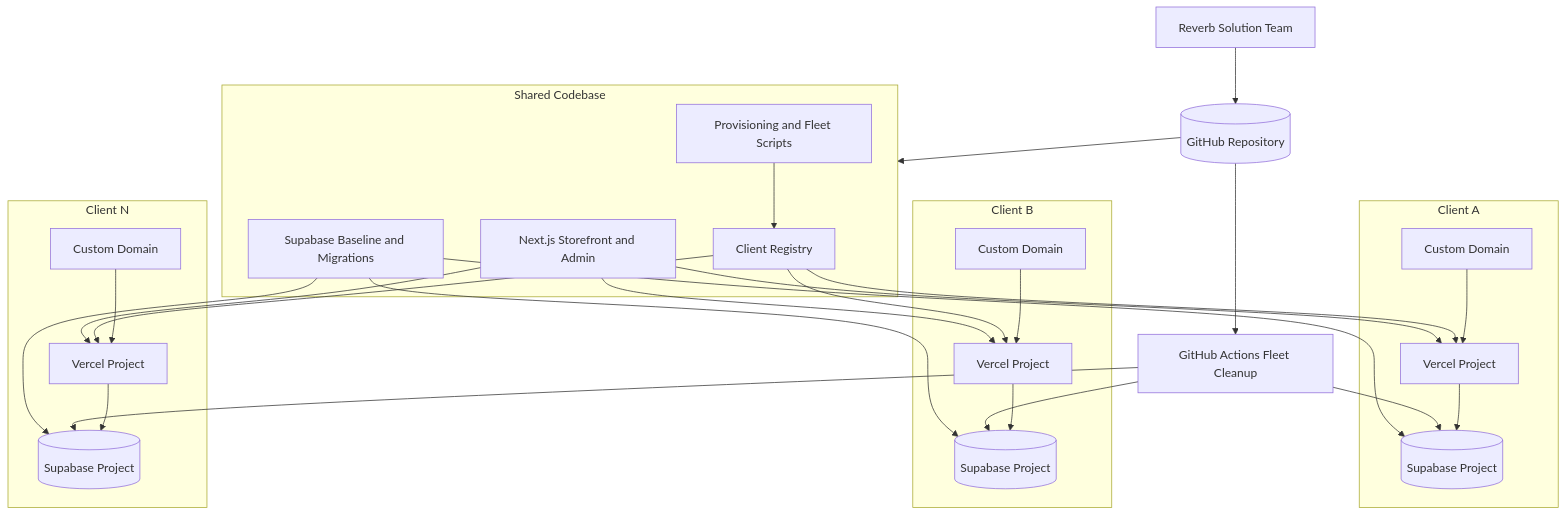
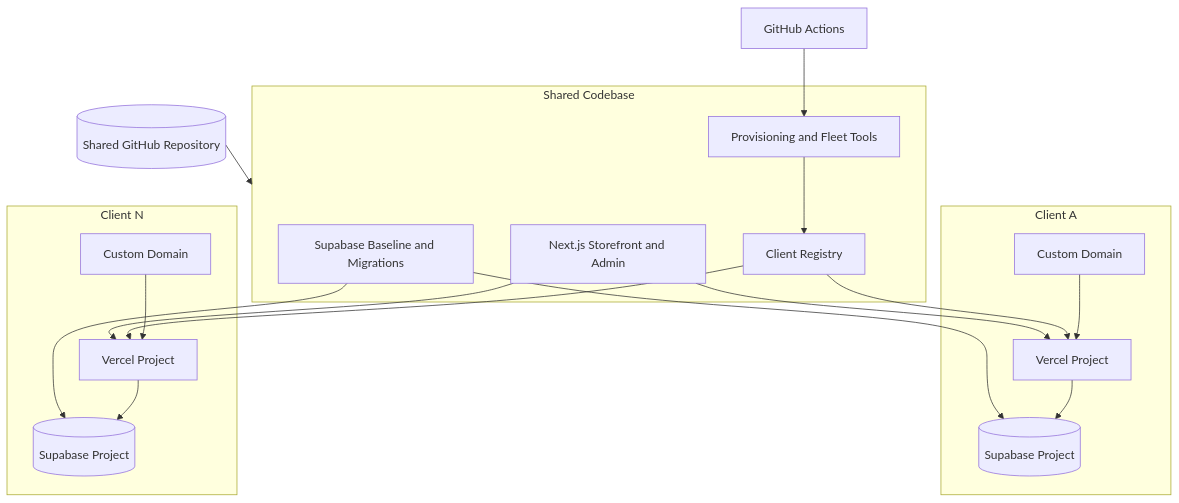
One commit to mushfiqueyeasir/reverb-commerce changed the first of 5 diagrams in doc/ARCHITECTURE.md. Above: the diagram before and after it, drawn with Mermaid. The commit also changed other lines of this file and 13 other files, not shown here.

````diff
--- a/doc/ARCHITECTURE.md
+++ b/doc/ARCHITECTURE.md
@@ -8,51 +11,36 @@
 ```mermaid
 flowchart TB
-    team[Reverb Solution Team]
-    repo[(GitHub Repository)]
-    actions[GitHub Actions Fleet Cleanup]
+    repo[(Shared GitHub Repository)]
+    workflow[GitHub Actions]
 
-    subgraph shared[Shared Codebase]
-        frontend[Next.js Storefront and Admin]
-        backend[Provisioning and Fleet Scripts]
-        migrations[Supabase Baseline and Migrations]
+    subgraph code[Shared Codebase]
+        web[Next.js Storefront and Admin]
+        database[Supabase Baseline and Migrations]
+        tools[Provisioning and Fleet Tools]
         registry[Client Registry]
     end
 
     subgraph clientA[Client A]
         domainA[Custom Domain]
         vercelA[Vercel Project]
         supabaseA[(Supabase Project)]
     end
 
-    subgraph clientB[Client B]
-        domainB[Custom Domain]
-        vercelB[Vercel Project]
-        supabaseB[(Supabase Project)]
-    end
-
     subgraph clientN[Client N]
         domainN[Custom Domain]
         vercelN[Vercel Project]
         supabaseN[(Supabase Project)]
     end
 
-    team --> repo
-    repo --> shared
-    repo --> actions
-    frontend --> vercelA
-    frontend --> vercelB
-    frontend --> vercelN
-    migrations --> supabaseA
-    migrations --> supabaseB
-    migrations --> supabaseN
-    backend --> registry
+    repo --> code
+    workflow --> tools
+    web --> vercelA
+    web --> vercelN
+    database --> supabaseA
+    database --> supabaseN
+    tools --> registry
     registry --> vercelA
-    registry --> vercelB
     registry --> vercelN
-    actions --> supabaseA
-    actions --> supabaseB
-    actions --> supabaseN
     domainA --> vercelA --> supabaseA
-    domainB --> vercelB --> supabaseB
     domainN --> vercelN --> supabaseN
 ```
````
